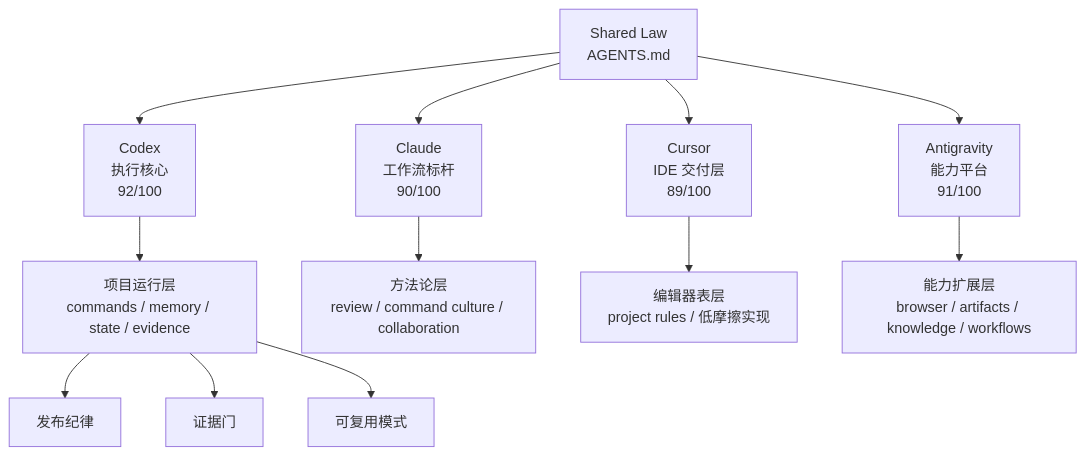
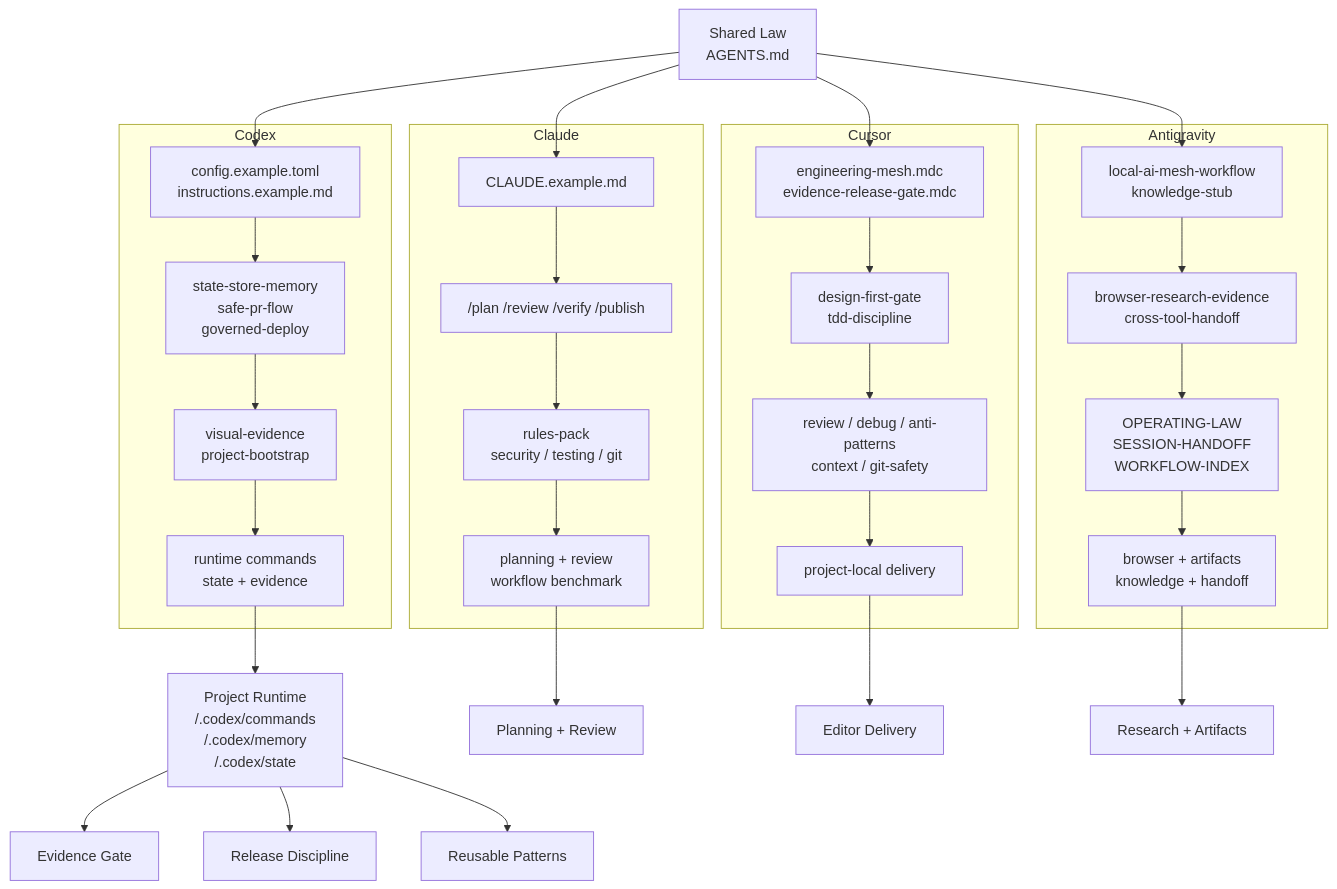
Before and after one commit to bidaiAI/local-ai-engineering-mesh: the diagram in README.zh-CN.md, drawn with Mermaid. The commit also changed 3 other files, not shown here.

Commit message:
docs: enrich architecture diagram and image labels

````diff
--- a/README.zh-CN.md
+++ b/README.zh-CN.md
@@ -128,29 +128,70 @@
 ```mermaid
 flowchart TD
     A["Shared Law
-AGENTS.md"] --> B["Codex
-执行核心
-92/100"]
-    A --> C["Claude
-工作流标杆
-90/100"]
-    A --> D["Cursor
-IDE 交付层
-89/100"]
-    A --> E["Antigravity
-能力平台
-91/100"]
+AGENTS.md"]
 
-    B --> F["项目运行层
-commands / memory / state / evidence"]
-    C --> G["方法论层
-review / command culture / collaboration"]
-    D --> H["编辑器表层
-project rules / 低摩擦实现"]
-    E --> I["能力扩展层
-browser / artifacts / knowledge / workflows"]
+    subgraph COD["Codex"]
+      B1["config.example.toml
+instructions.example.md"]
+      B2["state-store-memory
+safe-pr-flow
+governed-deploy"]
+      B3["visual-evidence
+project-bootstrap"]
+      B4["runtime commands
+state + evidence"]
+    end
 
-    F --> J["发布纪律"]
-    F --> K["证据门"]
-    F --> L["可复用模式"]
+    subgraph CLA["Claude"]
+      C1["CLAUDE.example.md"]
+      C2["/plan /review /verify /publish"]
+      C3["rules-pack
+security / testing / git"]
+      C4["planning + review
+workflow benchmark"]
+    end
+
+    subgraph CUR["Cursor"]
+      D1["engineering-mesh.mdc
+evidence-release-gate.mdc"]
+      D2["design-first-gate
+tdd-discipline"]
+      D3["review / debug / anti-patterns
+context / git-safety"]
+      D4["project-local delivery"]
+    end
+
+    subgraph ANT["Antigravity"]
+      E1["local-ai-mesh-workflow
+knowledge-stub"]
+      E2["browser-research-evidence
+cross-tool-handoff"]
+      E3["OPERATING-LAW
+SESSION-HANDOFF
+WORKFLOW-INDEX"]
+      E4["browser + artifacts
+knowledge + handoff"]
+    end
+
+    A --> B1
+    A --> C1
+    A --> D1
+    A --> E1
+
+    B1 --> B2 --> B3 --> B4
+    C1 --> C2 --> C3 --> C4
+    D1 --> D2 --> D3 --> D4
+    E1 --> E2 --> E3 --> E4
+
+    B4 --> F["Project Runtime
+<project>/.codex/commands
+<project>/.codex/memory
+<project>/.codex/state"]
+    C4 --> G["Planning + Review"]
+    D4 --> H["Editor Delivery"]
+    E4 --> I["Research + Artifacts"]
+
+    F --> J["Evidence Gate"]
+    F --> K["Release Discipline"]
+    F --> L["Reusable Patterns"]
 ```
````
